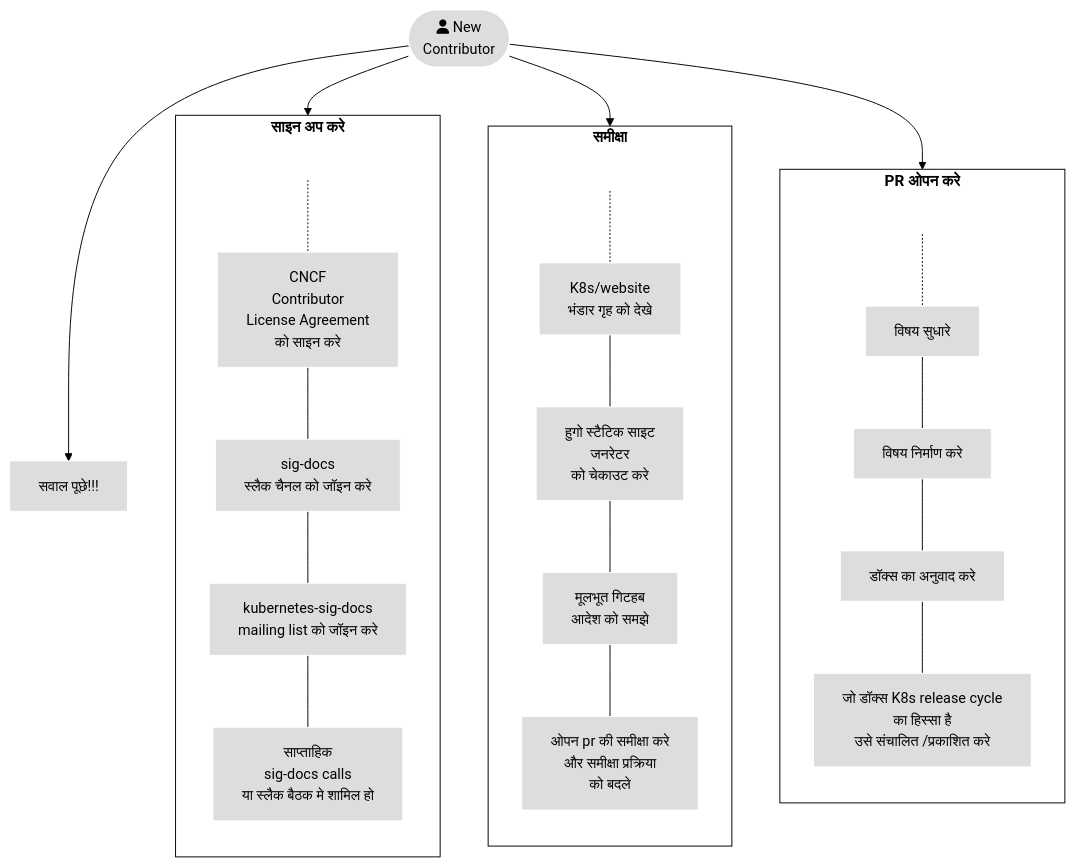
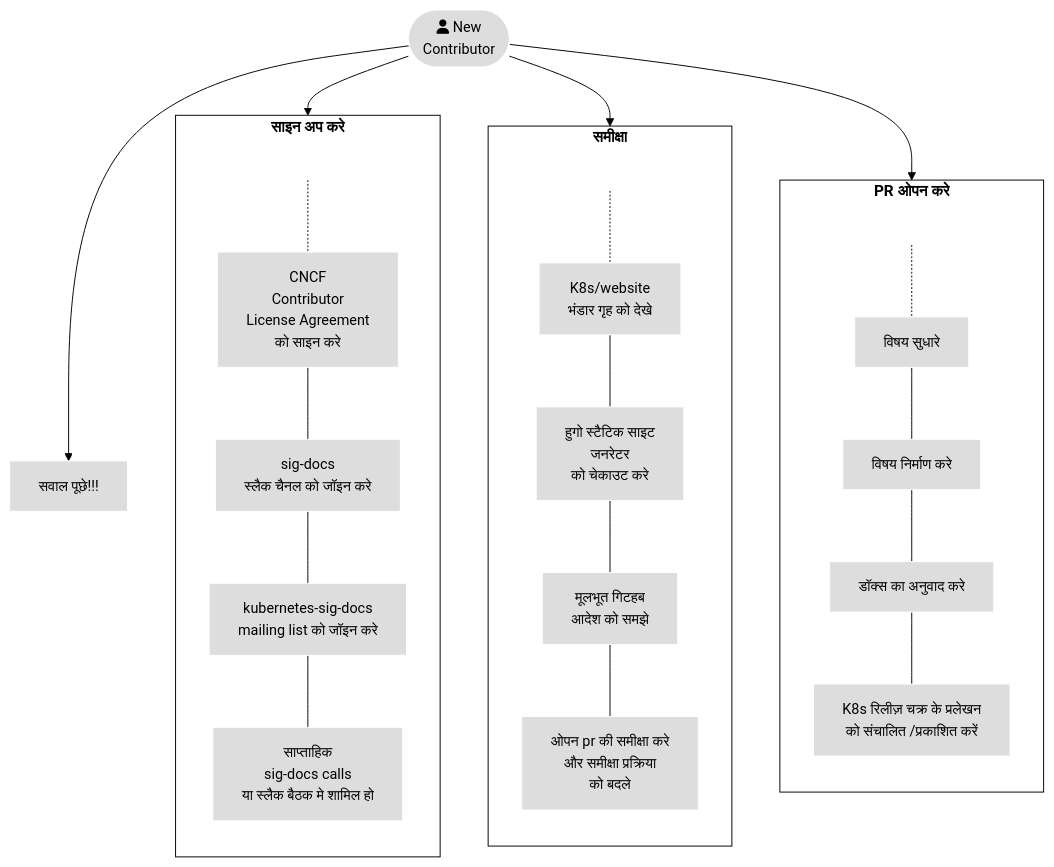
The first of 2 diagrams in content/hi/docs/contribute/_index.md (kubernetes/website), drawn with Mermaid (forest theme) before and after one commit.

```diff
--- a/content/hi/docs/contribute/_index.md
+++ b/content/hi/docs/contribute/_index.md
@@ -57,40 +57,40 @@
 {{< mermaid >}}
 flowchart TB
 subgraph third[PR ओपन करे]
 direction TB
 U[ ] -.-
 Q[विषय सुधारे] --- N[विषय निर्माण करे]
 N --- O[डॉक्स का अनुवाद करे]
-O --- P[जो डॉक्स K8s release cycle <br> का हिस्सा है <br> उसे संचालित /प्रकाशित करे]
+O --- P[K8s रिलीज़ चक्र के प्रलेखन<br>को संचालित /प्रकाशित करें]
 
 end
 
 subgraph second[समीक्षा ]
 direction TB
    T[ ] -.-
    D[K8s/website<br>भंडार गृह  को देखे ] --- E[हुगो स्टैटिक साइट<br>जनरेटर <br>को चेकाउट करे ]
    E --- F[मूलभूत गिटहब <br>आदेश को समझे]
    F --- G[ओपन pr की समीक्षा करे <br>और समीक्षा प्रक्रिया  <br>को बदले]
 end
 
 subgraph first[साइन अप करे]
     direction TB
     S[ ] -.-
     B[CNCF<br>Contributor<br>License Agreement <br> को साइन करे] --- C[sig-docs<br>स्लैक चैनल को जॉइन करे] 
     C --- V[kubernetes-sig-docs<br>mailing list को जॉइन करे]
     V --- M[साप्ताहिक <br>sig-docs calls<br>या स्लैक बैठक मे शामिल हो]
 end
 
 A([fa:fa-user New<br>Contributor]) --> first
 A --> second
 A --> third
 A --> H[सवाल पूछे!!!]
 
 
 classDef grey fill:#dddddd,stroke:#ffffff,stroke-width:px,color:#000000, font-size:15px;
 classDef white fill:#ffffff,stroke:#000,stroke-width:px,color:#000,font-weight:bold
 classDef spacewhite fill:#ffffff,stroke:#fff,stroke-width:0px,color:#000
 class A,B,C,D,E,F,G,H,M,Q,N,O,P,V grey
 class S,T,U spacewhite
 class first,second,third white
 {{</ mermaid >}}
```
